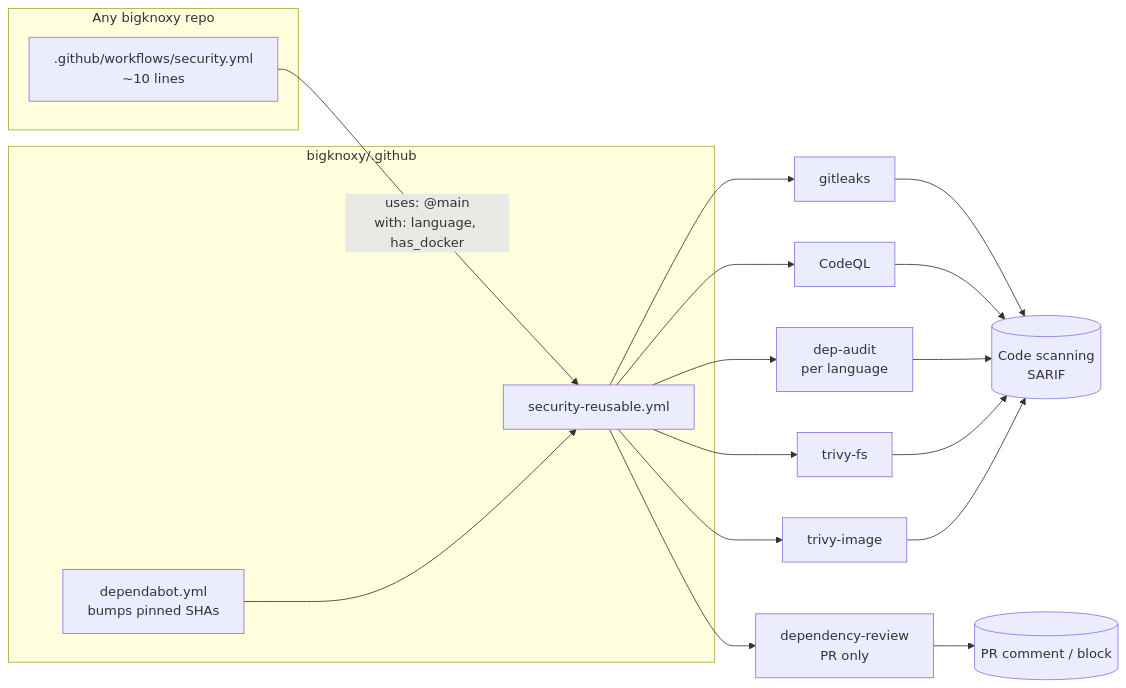
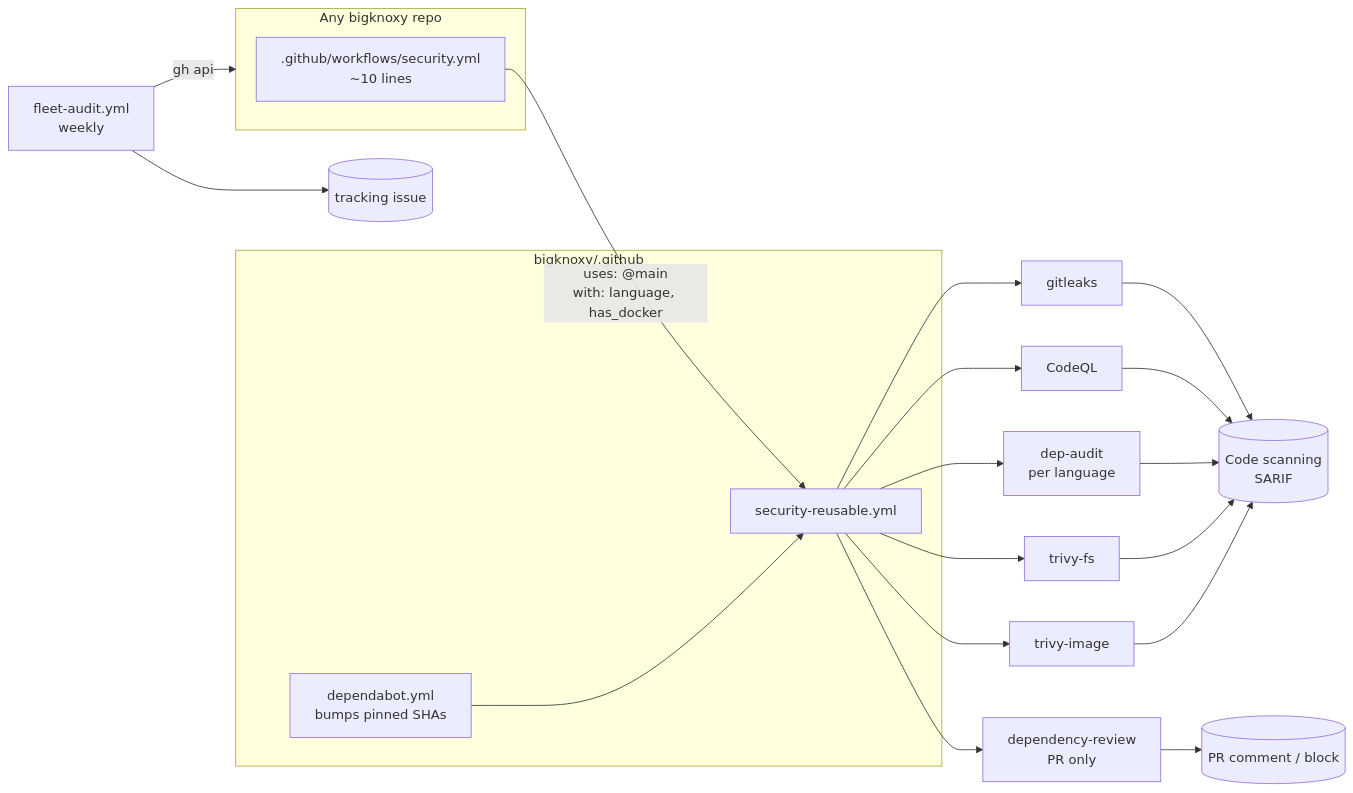
The first of 2 diagrams in docs/ARCHITECTURE.md (bigknoxy/.github), drawn with Mermaid before and after one commit. The commit also changed 2 other files, not shown here.

Commit message:
feat: weekly fleet audit workflow
Sweeps all public repos for the reusable caller and native protections,
upserts a tracking issue. Needs FLEET_AUDIT_TOKEN secret.

Claude-Session: https://claude.ai/code/session_013ytFpzywCnefadNQ7d9e6A

````diff
--- a/docs/ARCHITECTURE.md
+++ b/docs/ARCHITECTURE.md
@@ -5,20 +5,22 @@
 ```mermaid
 flowchart LR
   subgraph repo[Any bigknoxy repo]
     caller[.github/workflows/security.yml<br/>~10 lines]
   end
   subgraph central[bigknoxy/.github]
     reusable[security-reusable.yml]
     dep[dependabot.yml<br/>bumps pinned SHAs]
   end
   caller -- "uses: @main<br/>with: language, has_docker" --> reusable
   dep --> reusable
+  fleet[fleet-audit.yml<br/>weekly] -- "gh api" --> repo
+  fleet --> issue[(tracking issue)]
   reusable --> gl[gitleaks]
   reusable --> dr[dependency-review<br/>PR only]
   reusable --> cq[CodeQL]
   reusable --> da[dep-audit<br/>per language]
   reusable --> tf[trivy-fs]
   reusable --> ti[trivy-image]
   gl & cq & da & tf & ti --> sarif[(Code scanning<br/>SARIF)]
   dr --> pr[(PR comment / block)]
 ```
````
